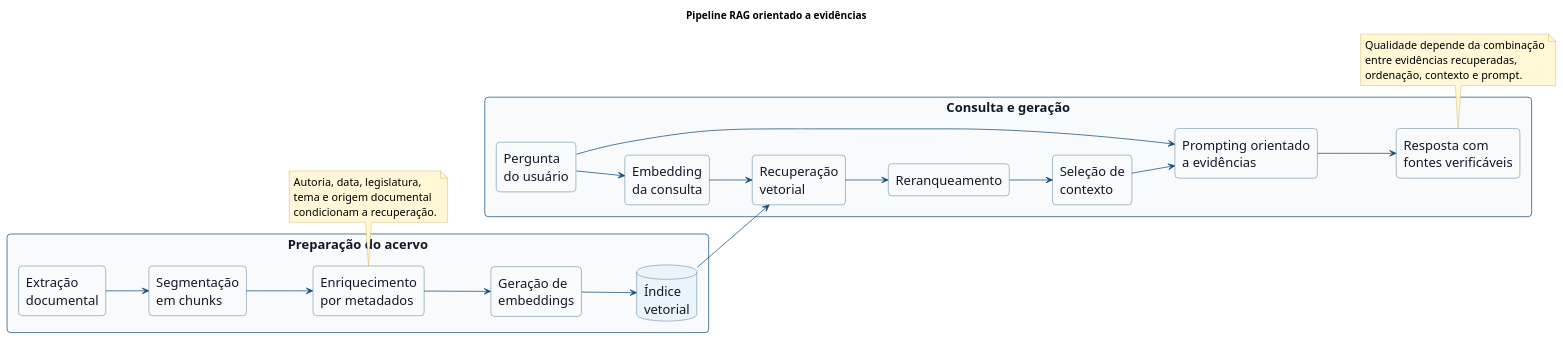
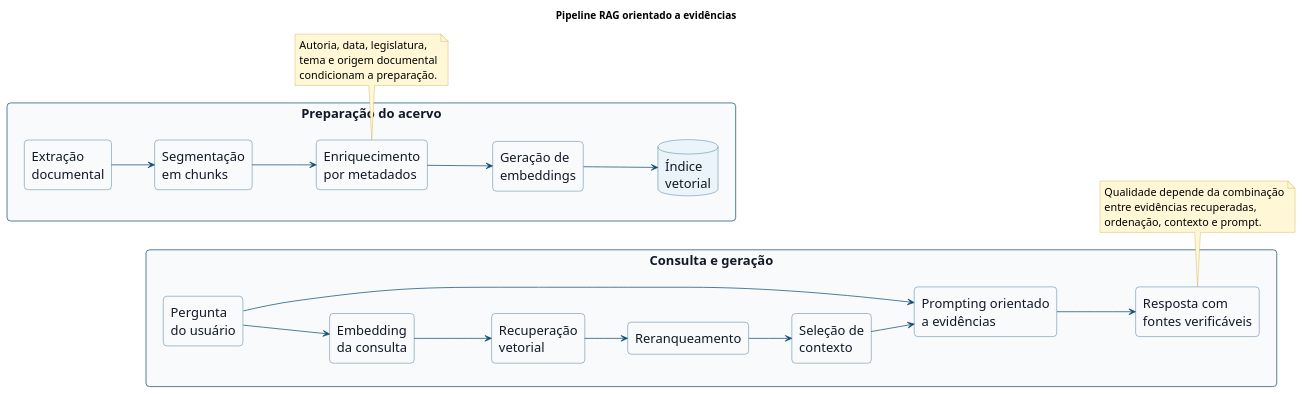
Before and after one commit to fabriciosantana/idp-marp-slides: the diagram in subjects/chatbot-rag/code/rag-pipeline.puml, drawn with PlantUML. The commit also changed 2 other files, not shown here.

```diff
--- a/subjects/chatbot-rag/code/rag-pipeline.puml
+++ b/subjects/chatbot-rag/code/rag-pipeline.puml
@@ -1,74 +1,75 @@
 @startuml
 title Pipeline RAG orientado a evidências
 
 left to right direction
 
 skinparam shadowing false
 skinparam backgroundColor transparent
 skinparam defaultFontSize 18
 skinparam defaultFontName "Helvetica"
 skinparam rectangle {
   BackgroundColor #F8FAFC
   BorderColor #154E75
   FontColor #111827
   RoundCorner 10
 }
 skinparam database {
   BackgroundColor #EAF4FA
   BorderColor #154E75
   FontColor #111827
 }
 skinparam note {
   BackgroundColor #FFF7D6
   BorderColor #C8A23A
   FontSize 15
 }
 skinparam ArrowColor #0F4C75
 skinparam ArrowFontSize 15
 skinparam ArrowFontColor #111827
 
 rectangle "Preparação do acervo" as ingestao {
   rectangle "Extração\ndocumental" as extracao
   rectangle "Segmentação\nem chunks" as chunks
   rectangle "Enriquecimento\npor metadados" as metadados
   rectangle "Geração de\nembeddings" as embeddings
   database "Índice\nvetorial" as indice
 }
 
 rectangle "Consulta e geração" as consulta {
   rectangle "Pergunta\ndo usuário" as pergunta
   rectangle "Embedding\nda consulta" as consulta_embedding
   rectangle "Recuperação\nvetorial" as recuperacao
   rectangle "Reranqueamento" as rerank
   rectangle "Seleção de\ncontexto" as contexto
   rectangle "Prompting orientado\na evidências" as prompt
   rectangle "Resposta com\nfontes verificáveis" as resposta
 }
 
+ingestao -[hidden]down- consulta
+
 extracao --> chunks
 chunks --> metadados
 metadados --> embeddings
 embeddings --> indice
 
 pergunta --> consulta_embedding
 consulta_embedding --> recuperacao
-indice --> recuperacao
 recuperacao --> rerank
 rerank --> contexto
 contexto --> prompt
 pergunta --> prompt
 prompt --> resposta
 
 note bottom of metadados
   Autoria, data, legislatura,
   tema e origem documental
-  condicionam a recuperação.
+  condicionam a preparação.
 end note
 
 note bottom of resposta
   Qualidade depende da combinação
   entre evidências recuperadas,
   ordenação, contexto e prompt.
 end note
 
 @enduml
```
